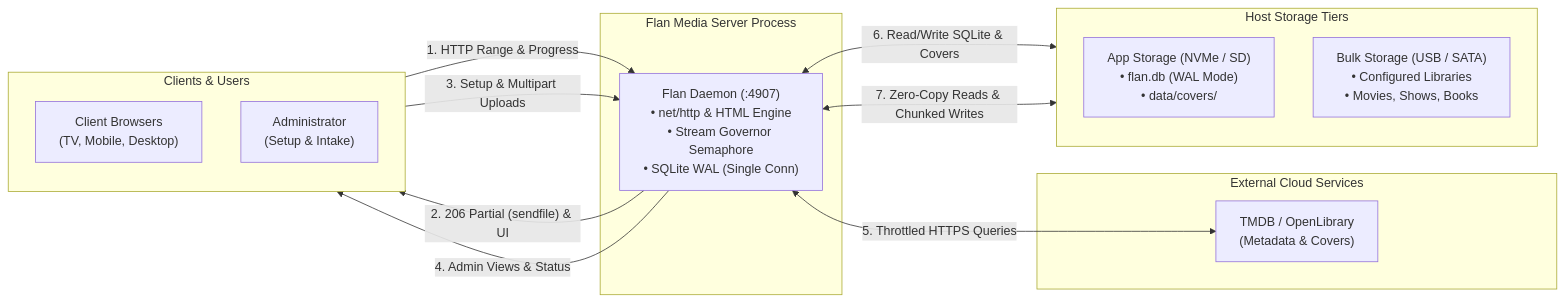
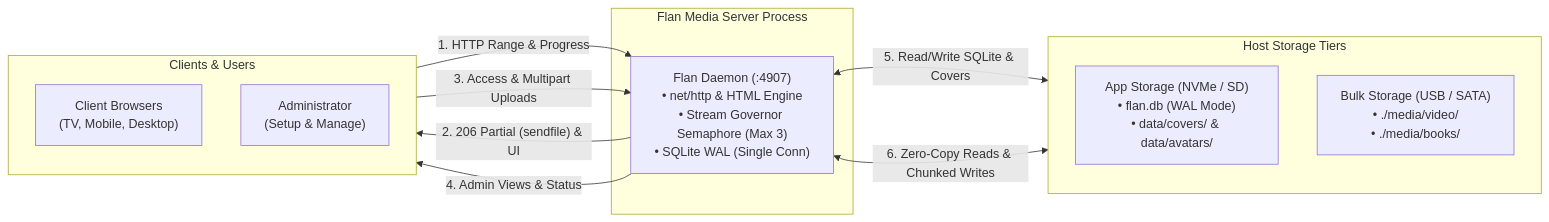
Before and after one commit to WesleyEsq/Flan-Media-Server: the first of 6 diagrams in docs/diagrams/data-flow.md, drawn with Mermaid. The commit also changed other lines of this file and 14 other files, not shown here.

````diff
--- a/docs/diagrams/data-flow.md
+++ b/docs/diagrams/data-flow.md
@@ -11,30 +11,25 @@
 ```mermaid
 flowchart LR
     subgraph Clients["Clients & Users"]
         direction TB
         Browser["Client Browsers<br/>(TV, Mobile, Desktop)"]
-        Admin["Administrator<br/>(Setup & Intake)"]
+        Admin["Administrator<br/>(Setup & Manage)"]
     end
 
     subgraph Core["Flan Media Server Process"]
-        Daemon["Flan Daemon (:4907)<br/>• net/http & HTML Engine<br/>• Stream Governor Semaphore<br/>• SQLite WAL (Single Conn)"]
-    end
-
-    subgraph External["External Cloud Services"]
-        TMDB["TMDB / OpenLibrary<br/>(Metadata & Covers)"]
+        Daemon["Flan Daemon (:4907)<br/>• net/http & HTML Engine<br/>• Stream Governor Semaphore (Max 3)<br/>• SQLite WAL (Single Conn)"]
     end
 
     subgraph Storage["Host Storage Tiers"]
         direction TB
-        AppData["App Storage (NVMe / SD)<br/>• flan.db (WAL Mode)<br/>• data/covers/"]
-        BulkMedia["Bulk Storage (USB / SATA)<br/>• Configured Libraries<br/>• Movies, Shows, Books"]
+        AppData["App Storage (NVMe / SD)<br/>• flan.db (WAL Mode)<br/>• data/covers/ & data/avatars/"]
+        BulkMedia["Bulk Storage (USB / SATA)<br/>• ./media/video/<br/>• ./media/books/"]
     end
 
     Browser -->|"1. HTTP Range & Progress"| Daemon
     Daemon -->|"2. 206 Partial (sendfile) & UI"| Browser
-    Admin -->|"3. Setup & Multipart Uploads"| Daemon
+    Admin -->|"3. Access & Multipart Uploads"| Daemon
     Daemon -->|"4. Admin Views & Status"| Admin
-    Daemon <-->|"5. Throttled HTTPS Queries"| TMDB
-    Daemon <-->|"6. Read/Write SQLite & Covers"| AppData
-    Daemon <-->|"7. Zero-Copy Reads & Chunked Writes"| BulkMedia
+    Daemon <-->|"5. Read/Write SQLite & Covers"| AppData
+    Daemon <-->|"6. Zero-Copy Reads & Chunked Writes"| BulkMedia
 ```
````
